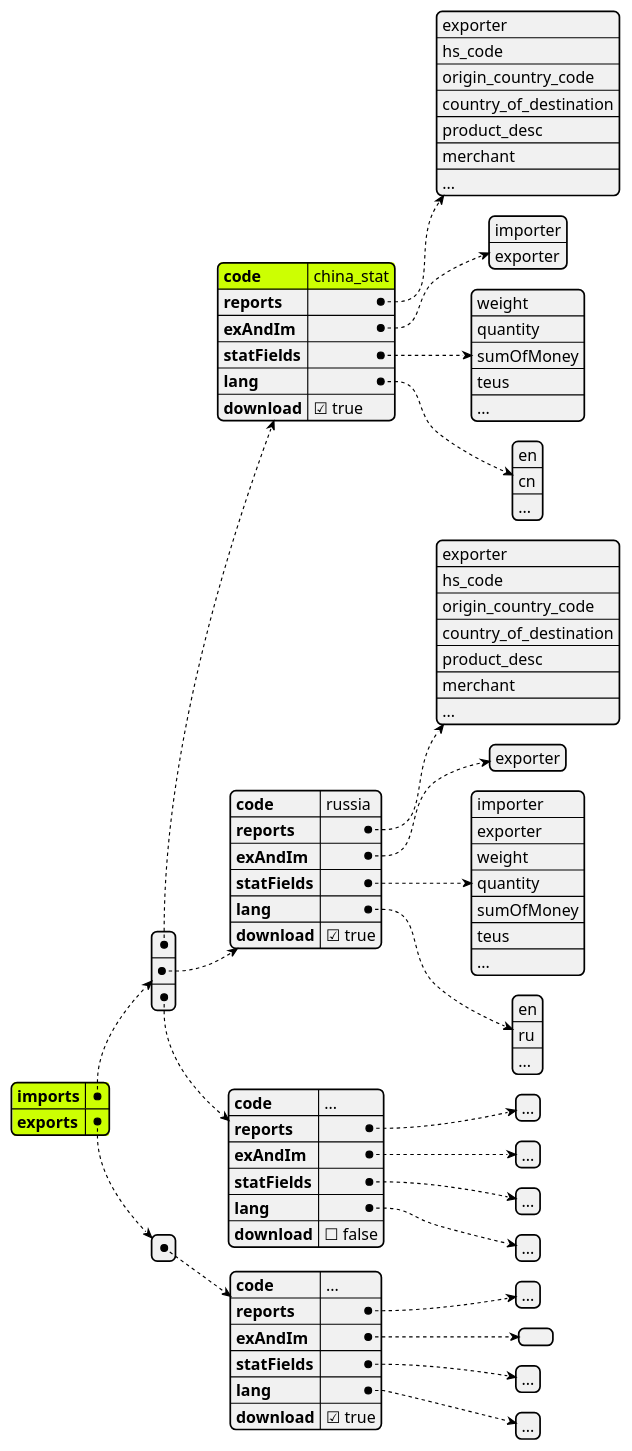
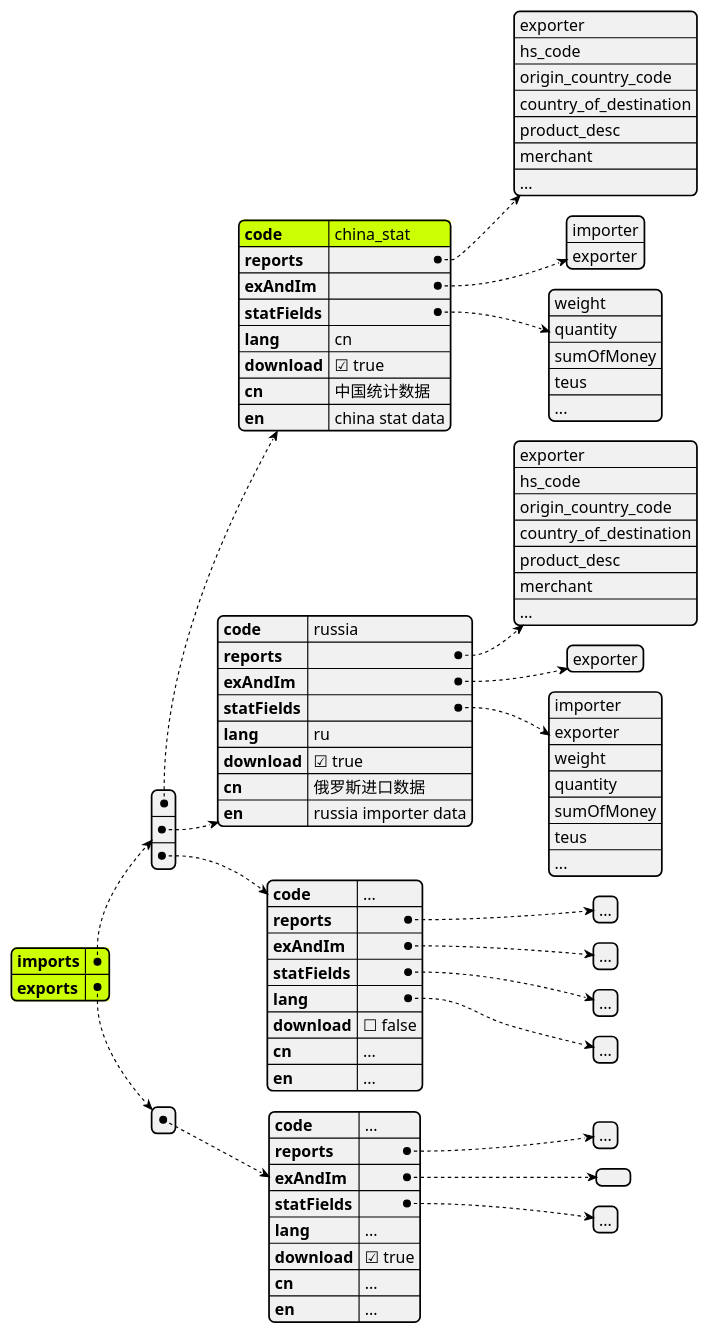
Before and after one commit to lwpk110/tendata-assets: the diagram in plantuml/tradec/ds_config.puml, drawn with PlantUML. The commit also changed 16 other files, not shown here.

```diff
--- a/plantuml/tradec/ds_config.puml
+++ b/plantuml/tradec/ds_config.puml
@@ -1,118 +1,118 @@
 @startjson
 ' <style>
 ' jsonDiagram {
 '   node {
 '     BackGroundColor Khaki
 '     LineColor lightblue
 '     FontName Helvetica
 '     FontColor red
 '     FontSize 18
 '     FontStyle bold
 '     RoundCorner 0
 '     LineThickness 2
 '     LineStyle 10;5
 '     separator {
 '       LineThickness 0.5
 '       LineColor black
 '       LineStyle 1;5
 '     }
 '   }
 '   arrow {
 '     BackGroundColor lightblue
 '     LineColor green
 '     LineThickness 2
 '     LineStyle 2;5
 '   }
 '   highlight {
 '     BackGroundColor red
 '     FontColor white
 '     FontStyle italic
 '   }
 ' }
 ' </style>
 #highlight "imports"
 #highlight "imports" / "0" / "code" 
 #highlight "exports"
 ' #highlight "address" / "city"
 ' #highlight "phoneNumbers" / "0" / "number"
 {
 	"imports": [{
 			"code": "china_stat",
 			"reports": [
 				"exporter",
 				"hs_code",
 				"origin_country_code",
 				"country_of_destination",
 				"product_desc",
 				"merchant",
 				"..."
 			],
 			"exAndIm":[
 				"importer",
 				"exporter"
 				],
 			"statFields": [
 				"weight",
 				"quantity",
 				"sumOfMoney",
 				"teus",
 				"..."
 			],
-			"lang": [
-				"en",
-				"cn",
-				"..."
-			],
-			"download": true
+			"lang": "cn",
+			"download": true,
+			"cn":"中国统计数据",
+			"en":"china stat data"
 		},
 		{
 			"code": "russia",
 			"reports": [
 				"exporter",
 				"hs_code",
 				"origin_country_code",
 				"country_of_destination",
 				"product_desc",
 				"merchant",
 				"..."
 			],
 			"exAndIm":[
 				"exporter"
 				],
 			"statFields": [
 				"importer",
 				"exporter",
 				"weight",
 				"quantity",
 				"sumOfMoney",
 				"teus",
 				"..."
 			],
-			"lang": [
-				"en",
-				"ru",
-				"..."
-			],
-			"download": true
+			"lang": "ru",
+			"download": true,
+			"cn":"俄罗斯进口数据",
+			"en":"russia importer data"
 
 		},
 		{
 			"code": "...",
 			"reports": ["..."],
 			"exAndIm":["..."],
 			"statFields": ["..."],
 			"lang": ["..."],
-			"download": false
+			"download": false,
+			"cn":"...",
+			"en":"..."
 
 		}
 	],
 	"exports": [{
 		"code": "...",
 		"reports": ["..."],
 		"exAndIm":[],
 		"statFields": ["..."],
-		"lang": ["..."],
-		"download": true
+		"lang": "...",
+		"download": true,
+		"cn":"...",
+		"en":"..."
 	}]
 }
 @endjson
```
